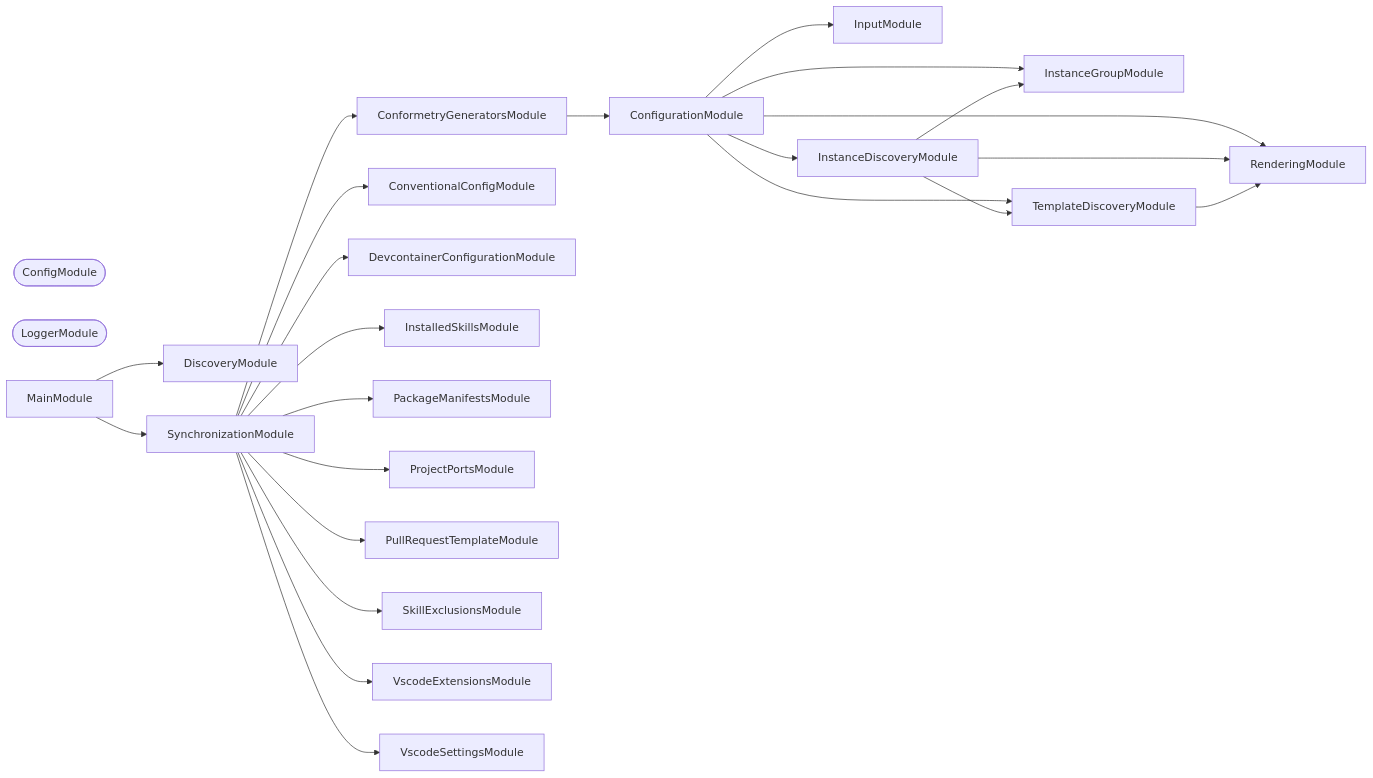
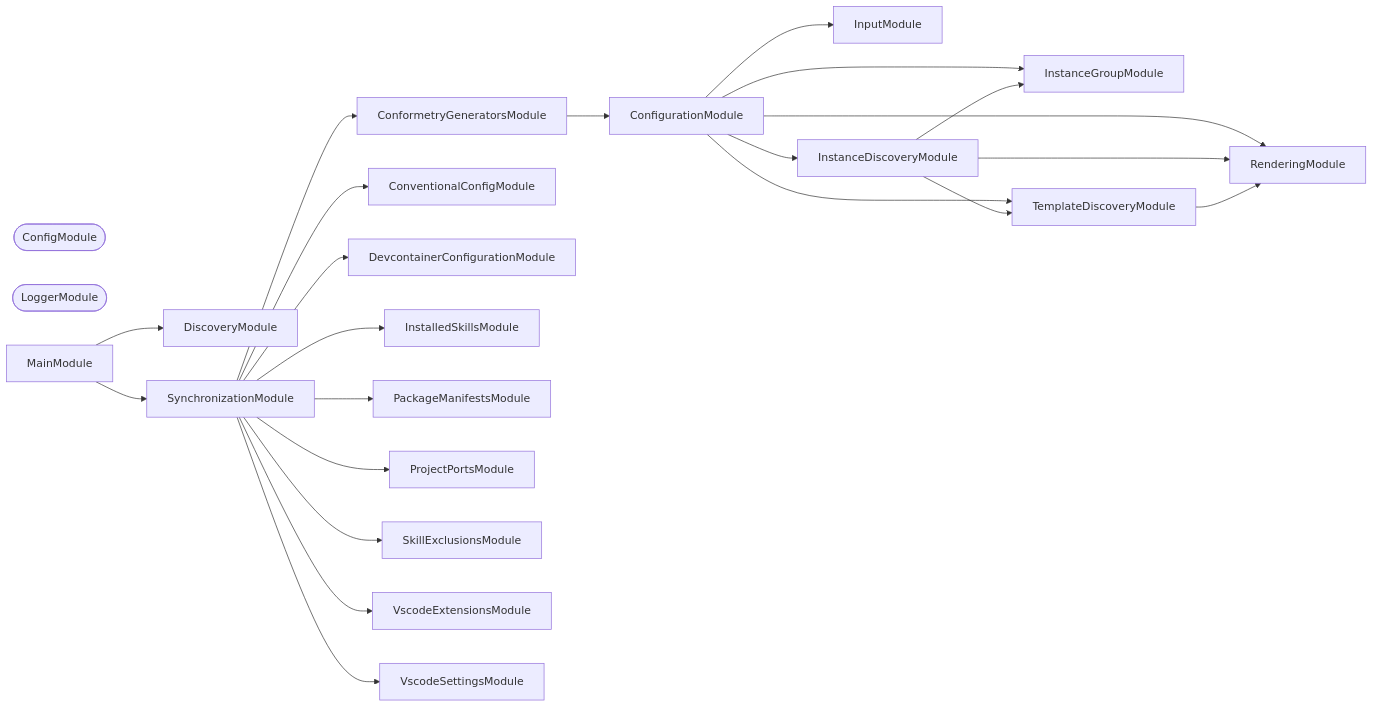
Before and after one commit to organizzolini/codebase: the second of 3 diagrams in synchronization/documentation/codependix.md, drawn with Mermaid. The commit also changed other lines of this file and 20 other files, not shown here.

First line of the commit message:
refactor(compliance): ♻️ move pull-request-template into compliance

````diff
--- a/synchronization/documentation/codependix.md
+++ b/synchronization/documentation/codependix.md
@@ -27,46 +27,44 @@
 ```mermaid
 flowchart LR
   ConfigModule([ConfigModule])
   ConfigurationModule
   ConformetryGeneratorsModule
   ConventionalConfigModule
   DevcontainerConfigurationModule
   DiscoveryModule
   InputModule
   InstalledSkillsModule
   InstanceDiscoveryModule
   InstanceGroupModule
   LoggerModule([LoggerModule])
   MainModule
   PackageManifestsModule
   ProjectPortsModule
-  PullRequestTemplateModule
   RenderingModule
   SkillExclusionsModule
   SynchronizationModule
   TemplateDiscoveryModule
   VscodeExtensionsModule
   VscodeSettingsModule
   ConfigurationModule --> InputModule
   ConfigurationModule --> InstanceDiscoveryModule
   ConfigurationModule --> InstanceGroupModule
   ConfigurationModule --> RenderingModule
   ConfigurationModule --> TemplateDiscoveryModule
   ConformetryGeneratorsModule --> ConfigurationModule
   InstanceDiscoveryModule --> InstanceGroupModule
   InstanceDiscoveryModule --> RenderingModule
   InstanceDiscoveryModule --> TemplateDiscoveryModule
   MainModule --> DiscoveryModule
   MainModule --> SynchronizationModule
   SynchronizationModule --> ConformetryGeneratorsModule
   SynchronizationModule --> ConventionalConfigModule
   SynchronizationModule --> DevcontainerConfigurationModule
   SynchronizationModule --> InstalledSkillsModule
   SynchronizationModule --> PackageManifestsModule
   SynchronizationModule --> ProjectPortsModule
-  SynchronizationModule --> PullRequestTemplateModule
   SynchronizationModule --> SkillExclusionsModule
   SynchronizationModule --> VscodeExtensionsModule
   SynchronizationModule --> VscodeSettingsModule
   TemplateDiscoveryModule --> RenderingModule
 ```
````
